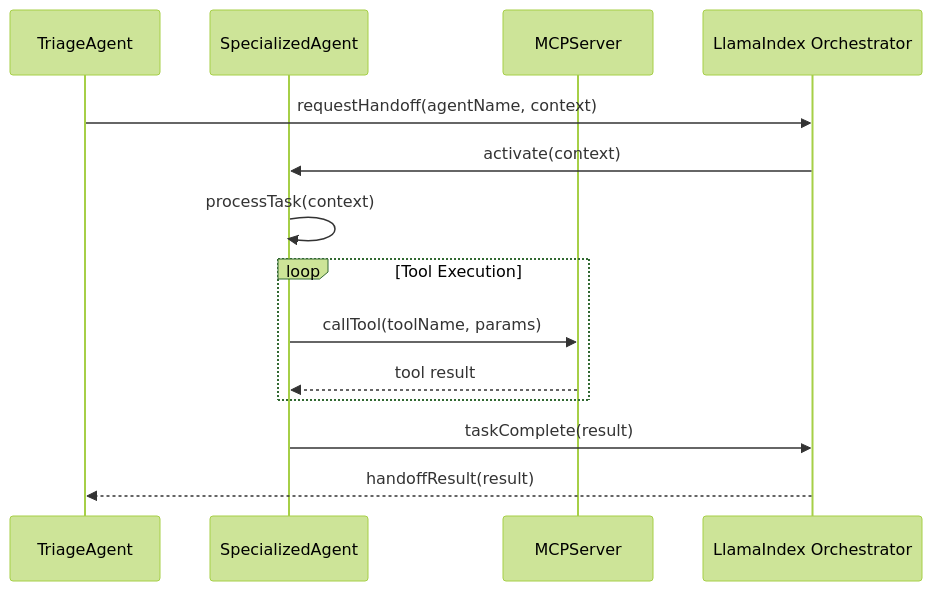
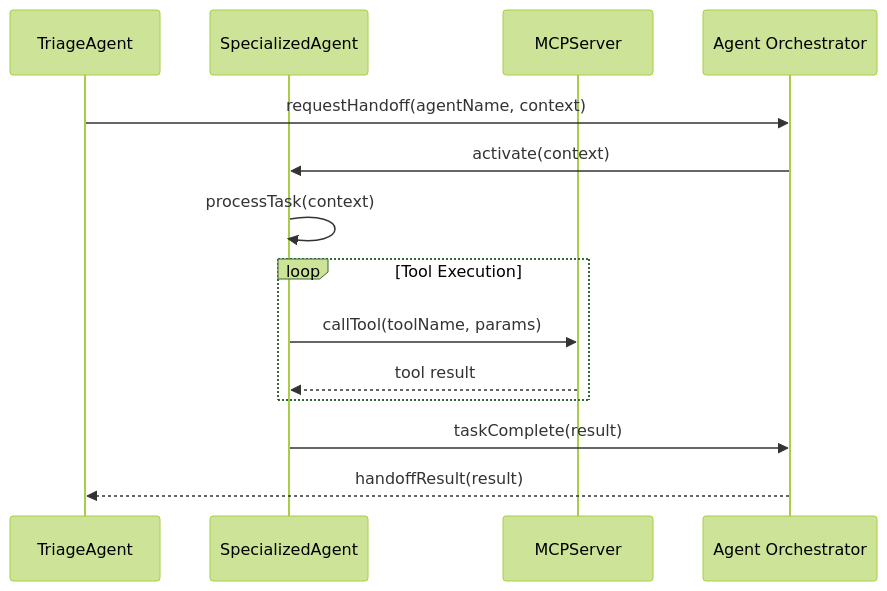
Before and after one commit to Azure-Samples/azure-ai-travel-agents: the third of 6 diagrams in docs/technical-architecture.md, drawn with Mermaid (forest theme). The commit also changed other lines of this file and 7 other files, not shown here.

````diff
--- a/docs/technical-architecture.md
+++ b/docs/technical-architecture.md
@@ -575,19 +638,19 @@
 ```mermaid
 sequenceDiagram
     participant TriageAgent
     participant SpecializedAgent
     participant MCPServer
-    participant LlamaIndex as LlamaIndex Orchestrator
+    participant Orchestrator as Agent Orchestrator
 
-    TriageAgent->>LlamaIndex: requestHandoff(agentName, context)
-    LlamaIndex->>SpecializedAgent: activate(context)
+    TriageAgent->>Orchestrator: requestHandoff(agentName, context)
+    Orchestrator->>SpecializedAgent: activate(context)
     SpecializedAgent->>SpecializedAgent: processTask(context)
     
     loop Tool Execution
         SpecializedAgent->>MCPServer: callTool(toolName, params)
         MCPServer-->>SpecializedAgent: tool result
     end
     
-    SpecializedAgent->>LlamaIndex: taskComplete(result)
-    LlamaIndex-->>TriageAgent: handoffResult(result)
+    SpecializedAgent->>Orchestrator: taskComplete(result)
+    Orchestrator-->>TriageAgent: handoffResult(result)
 ```
````
